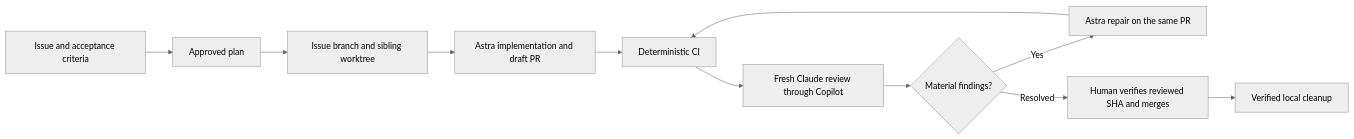
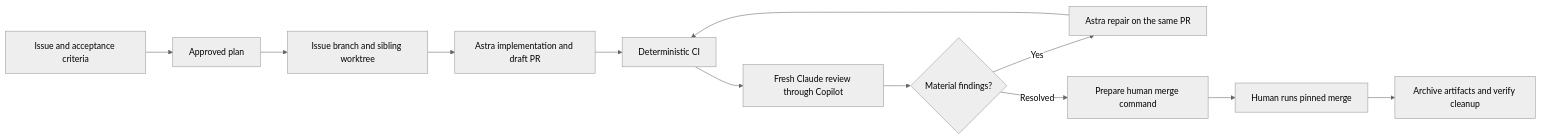
Before and after one commit to Zi-Deng/agentic-github-template: the diagram in README.md, drawn with Mermaid (neutral theme). The commit also changed other lines of this file and 48 other files, not shown here.

````diff
--- a/README.md
+++ b/README.md
@@ -11,13 +11,14 @@
 ```mermaid
 flowchart LR
   I[Issue and acceptance criteria] --> P[Approved plan]
   P --> W[Issue branch and sibling worktree]
   W --> D[Astra implementation and draft PR]
   D --> C[Deterministic CI]
   C --> R[Fresh Claude review through Copilot]
   R --> F{Material findings?}
   F -->|Yes| A[Astra repair on the same PR]
   A --> C
-  F -->|Resolved| H[Human verifies reviewed SHA and merges]
-  H --> X[Verified local cleanup]
+  F -->|Resolved| H[Prepare human merge command]
+  H --> M[Human runs pinned merge]
+  M --> X[Archive artifacts and verify cleanup]
 ```
````
